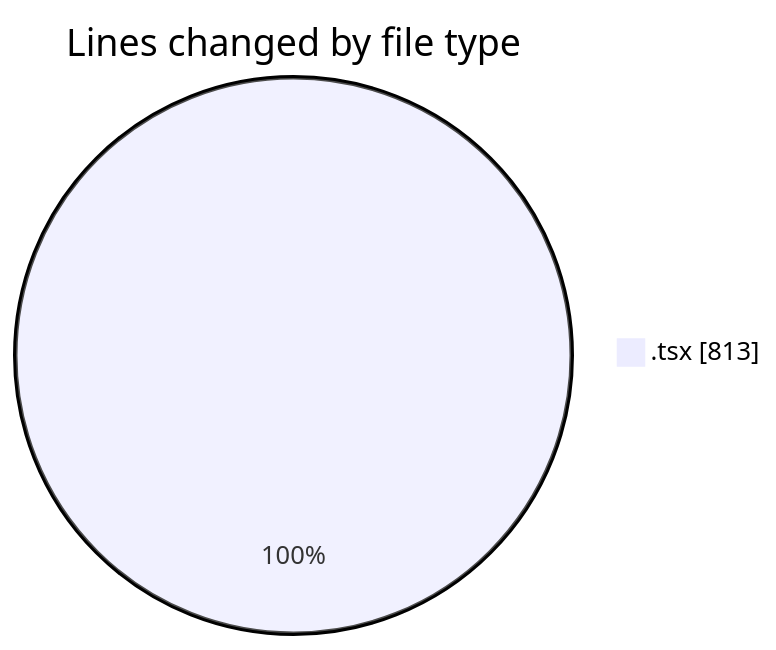
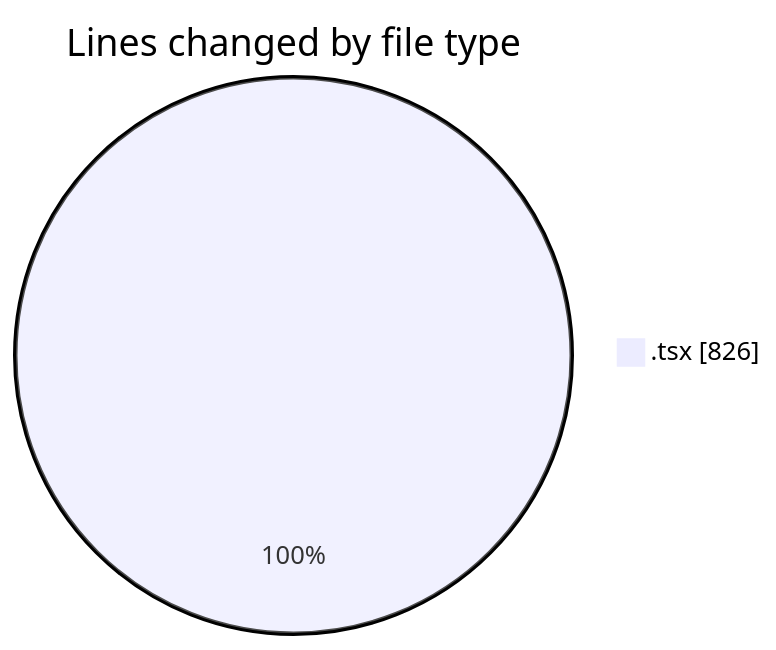
One commit to momahboobian/code-tracking changed the first of 2 diagrams in 2025-09-15/cda/README.md. Above: the diagram before and after it, drawn with Mermaid. The commit also changed other lines of this file and 1 other file, not shown here.

````diff
--- a/2025-09-15/cda/README.md
+++ b/2025-09-15/cda/README.md
@@ -21,5 +21,5 @@
 ```mermaid
 pie showData
 title Lines changed by file type
-".tsx" : 813
+".tsx" : 826
 ```
````
